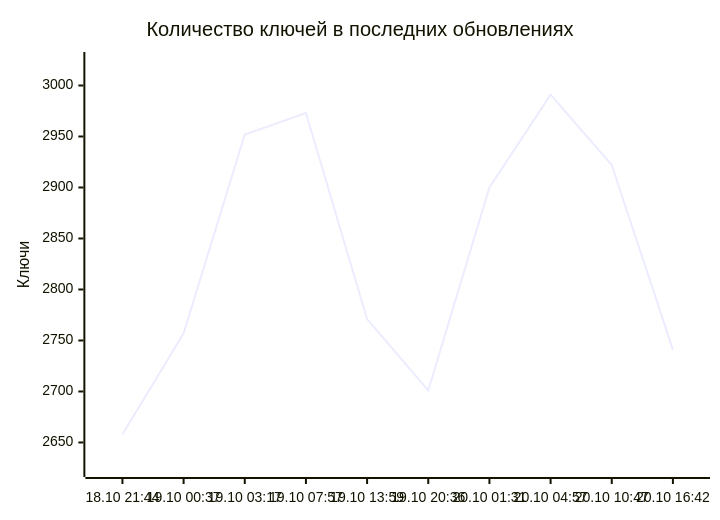
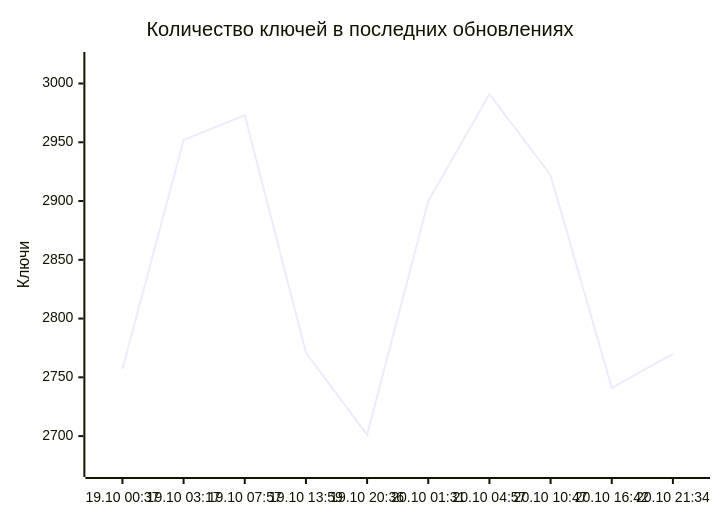
Before and after one commit to markKikhtenko/WireVeil: the diagram in README.md, drawn with Mermaid. The commit also changed other lines of this file and 13 other files, not shown here.

````diff
--- a/README.md
+++ b/README.md
@@ -55,7 +55,7 @@
 ```mermaid
 xychart-beta
     title "Количество ключей в последних обновлениях"
-    x-axis ["18.10 21:44", "19.10 00:37", "19.10 03:17", "19.10 07:57", "19.10 13:59", "19.10 20:36", "20.10 01:31", "20.10 04:57", "20.10 10:47", "20.10 16:42"]
-    y-axis "Ключи" 2624 --> 3025
-    line [2658, 2757, 2952, 2973, 2771, 2701, 2900, 2991, 2922, 2741]
+    x-axis ["19.10 00:37", "19.10 03:17", "19.10 07:57", "19.10 13:59", "19.10 20:36", "20.10 01:31", "20.10 04:57", "20.10 10:47", "20.10 16:42", "20.10 21:34"]
+    y-axis "Ключи" 2672 --> 3020
+    line [2757, 2952, 2973, 2771, 2701, 2900, 2991, 2922, 2741, 2770]
 ```
````
